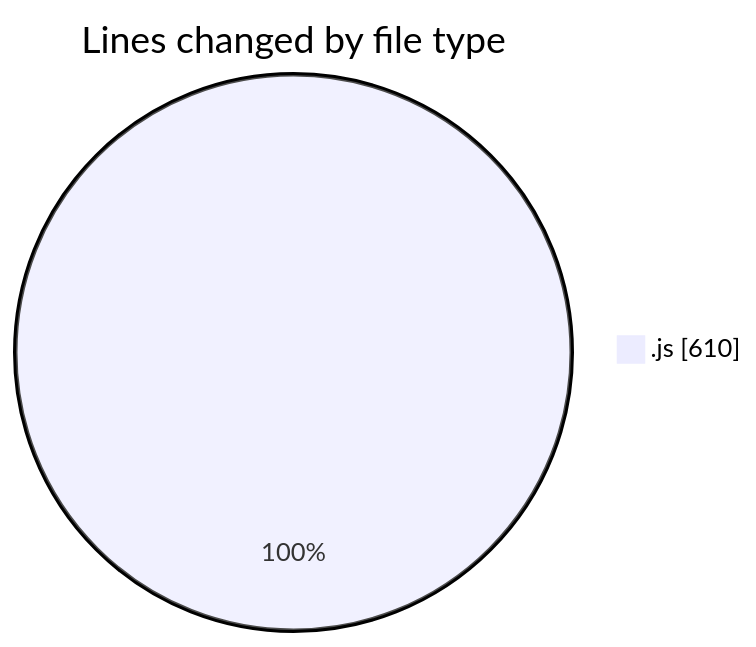
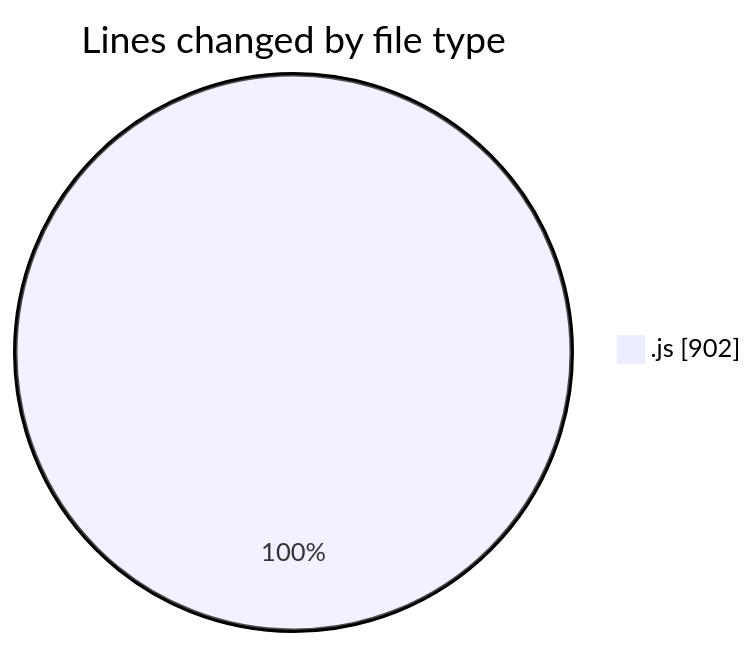
The first of 2 diagrams in 2025-09-02/nxtqube_webapp/README.md (nxtqubesakshisongat/code-tracking), drawn with Mermaid before and after one commit. The commit also changed other lines of this file and 1 other file, not shown here.

````diff
--- a/2025-09-02/nxtqube_webapp/README.md
+++ b/2025-09-02/nxtqube_webapp/README.md
@@ -20,5 +20,5 @@
 ```mermaid
 pie showData
 title Lines changed by file type
-".js" : 610
+".js" : 902
 ```
````
